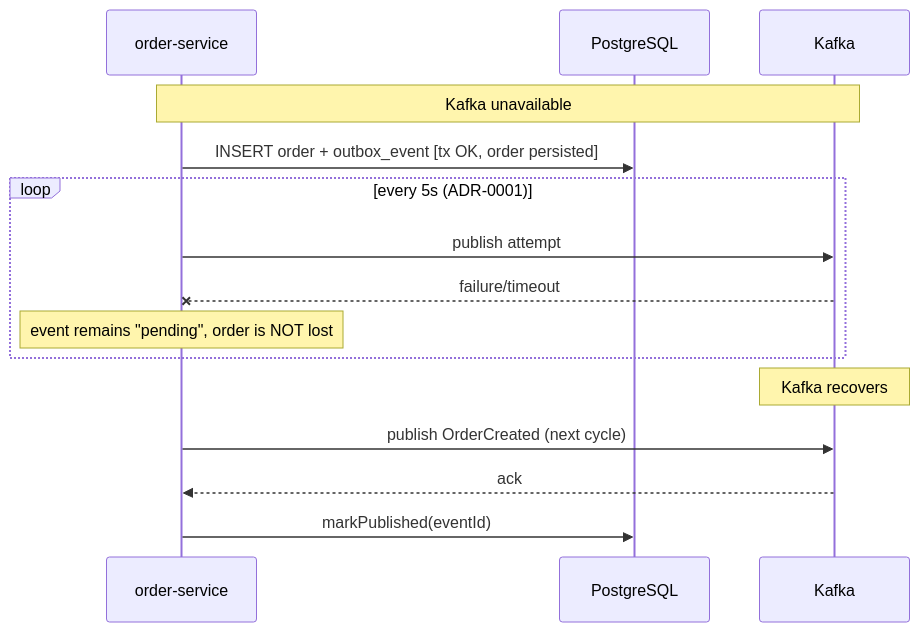
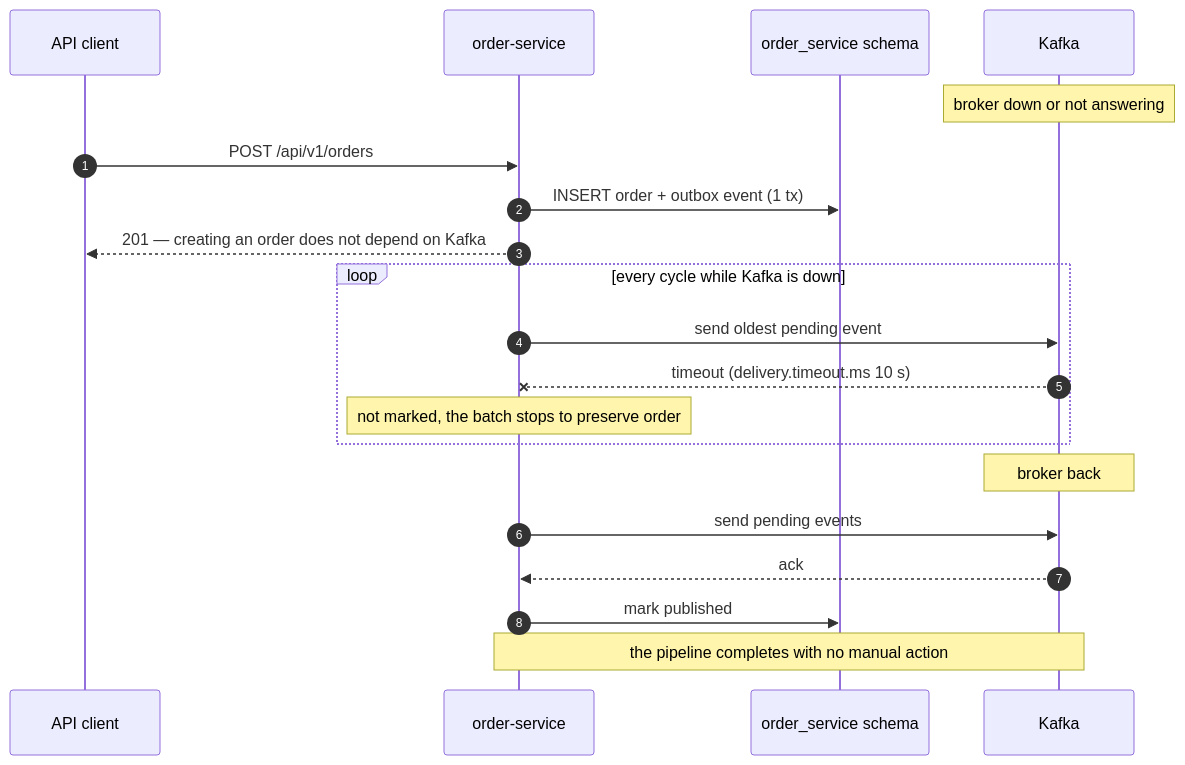
Before and after one commit to kaulinmindiola/Resilient-Order-Pipeline: the eighth of 12 diagrams in docs/sdd.md, drawn with Mermaid. The commit also changed other lines of this file, not shown here.

Commit message:
docs: align SDD with the implementation and add sequence diagrams

````diff
--- a/docs/sdd.md
+++ b/docs/sdd.md
@@ -507,18 +413,23 @@
 ```mermaid
 sequenceDiagram
+    autonumber
+    participant C as API client
     participant OS as order-service
-    participant DB as PostgreSQL
-    participant KF as Kafka
+    participant ODB as order_service schema
+    participant K as Kafka
 
-    Note over OS,KF: Kafka unavailable
-    OS->>DB: INSERT order + outbox_event [tx OK, order persisted]
-    loop every 5s (ADR-0001)
-        OS->>KF: publish attempt
-        KF--xOS: failure/timeout
-        Note over OS: event remains "pending", order is NOT lost
+    Note over K: broker down or not answering
+    C->>OS: POST /api/v1/orders
+    OS->>ODB: INSERT order + outbox event (1 tx)
+    OS-->>C: 201 — creating an order does not depend on Kafka
+    loop every cycle while Kafka is down
+        OS->>K: send oldest pending event
+        K--xOS: timeout (delivery.timeout.ms 10 s)
+        Note over OS: not marked, the batch stops to preserve order
     end
-    Note over KF: Kafka recovers
-    OS->>KF: publish OrderCreated (next cycle)
-    KF-->>OS: ack
-    OS->>DB: markPublished(eventId)
+    Note over K: broker back
+    OS->>K: send pending events
+    K-->>OS: ack
+    OS->>ODB: mark published
+    Note over OS,K: the pipeline completes with no manual action
 ```
````
